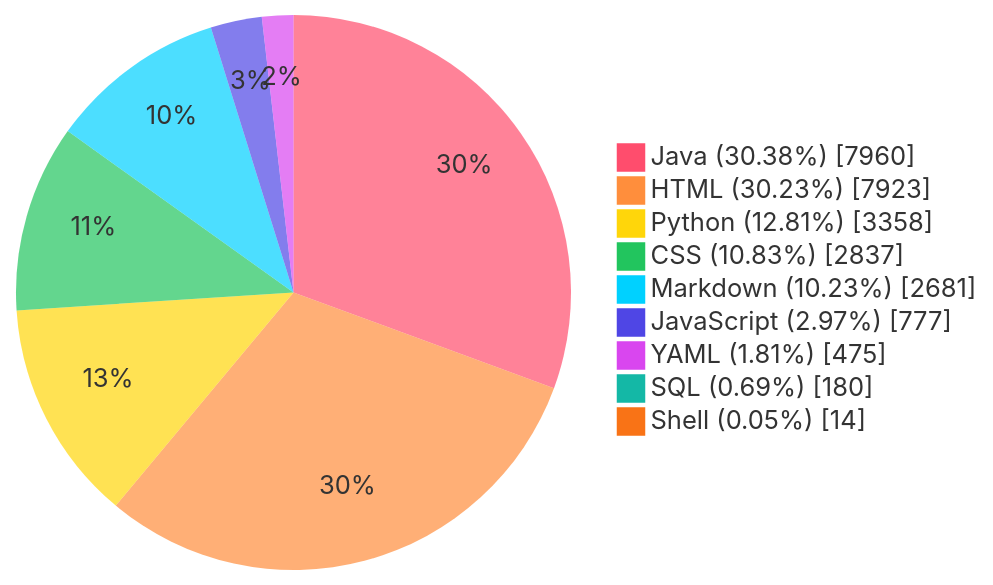
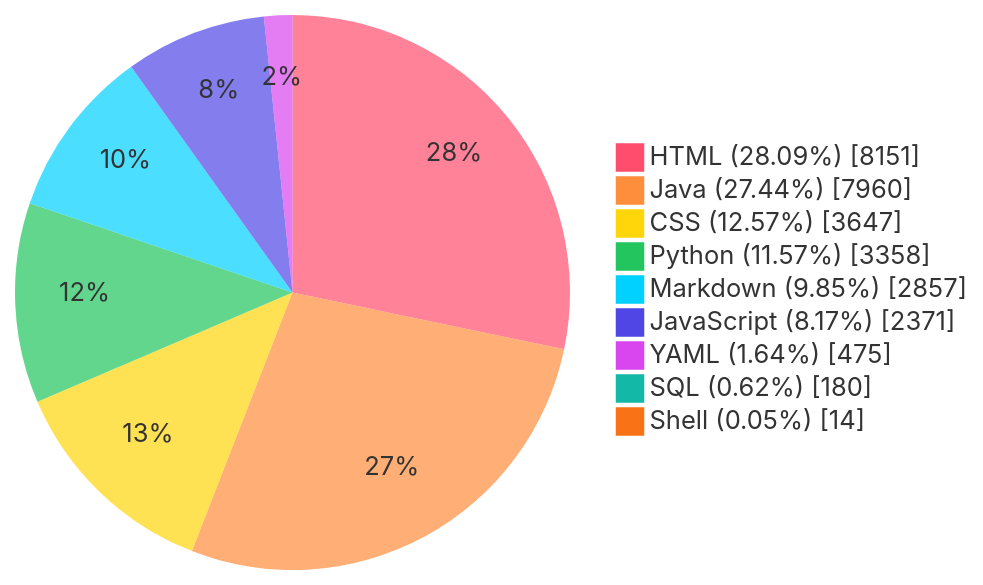
One commit to TheBadRoger/BUCT-Teaching-Aids changed the diagram in README.md. Above: the diagram before and after it, drawn with Mermaid. The commit also changed other lines of this file and 2 other files, not shown here.

Commit message:
chore(stats): auto update README metrics

````diff
--- a/README.md
+++ b/README.md
@@ -40,28 +40,28 @@
 ```mermaid
 %%{init: {'theme':'base','themeVariables': {
   'fontFamily': 'Fira Code, JetBrains Mono, Source Code Pro, Cascadia Code, Menlo, Consolas, monospace',
   'pieStrokeColor': 'transparent',
   'pieStrokeWidth': '0px',
   'pieOuterStrokeWidth': '0px',
   'pie1': '#FF4D6D',
   'pie2': '#FF8E3C',
   'pie3': '#FFD60A',
   'pie4': '#22C55E',
   'pie5': '#00D1FF',
   'pie6': '#4F46E5',
   'pie7': '#D946EF',
   'pie8': '#14B8A6',
   'pie9': '#F97316',
   'pie10': '#A855F7'
 }}}%%
 pie showData
-    "Java (30.38%)" : 7960
-    "HTML (30.23%)" : 7923
-    "Python (12.81%)" : 3358
-    "CSS (10.83%)" : 2837
-    "Markdown (10.23%)" : 2681
-    "JavaScript (2.97%)" : 777
-    "YAML (1.81%)" : 475
-    "SQL (0.69%)" : 180
+    "HTML (28.09%)" : 8151
+    "Java (27.44%)" : 7960
+    "CSS (12.57%)" : 3647
+    "Python (11.57%)" : 3358
+    "Markdown (9.85%)" : 2857
+    "JavaScript (8.17%)" : 2371
+    "YAML (1.64%)" : 475
+    "SQL (0.62%)" : 180
     "Shell (0.05%)" : 14
 ```
````
